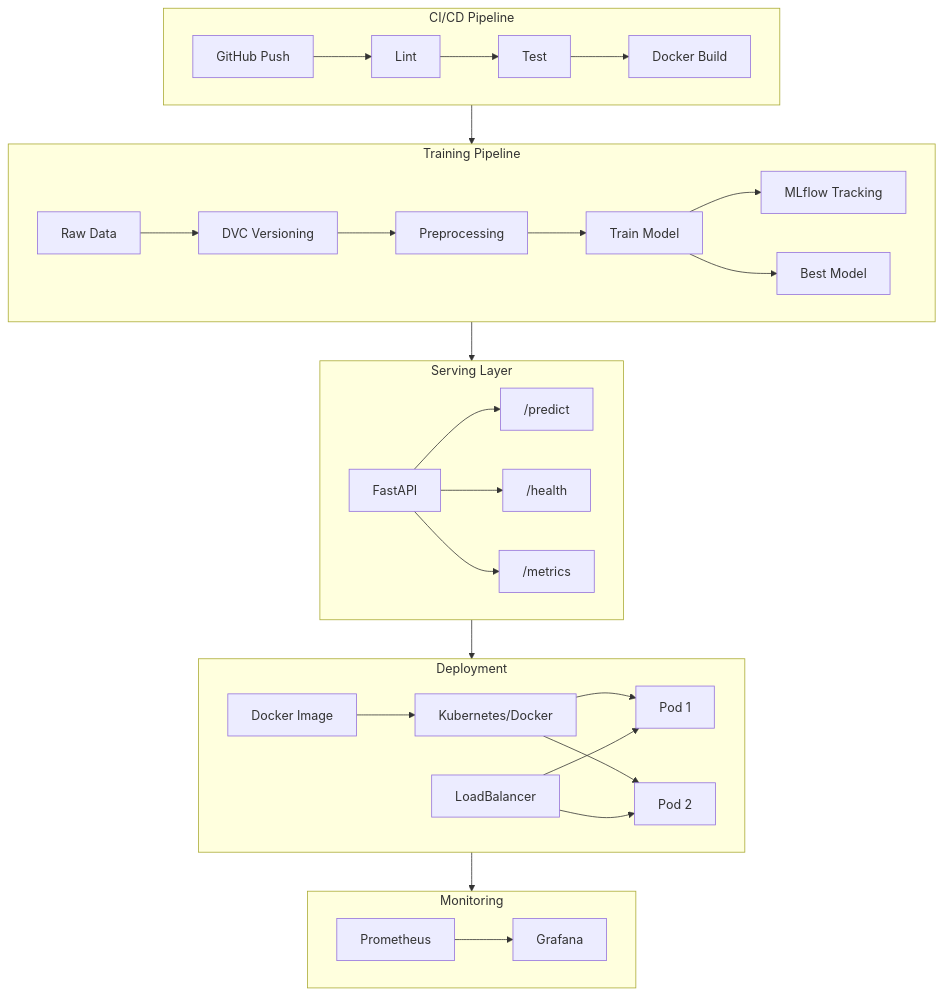
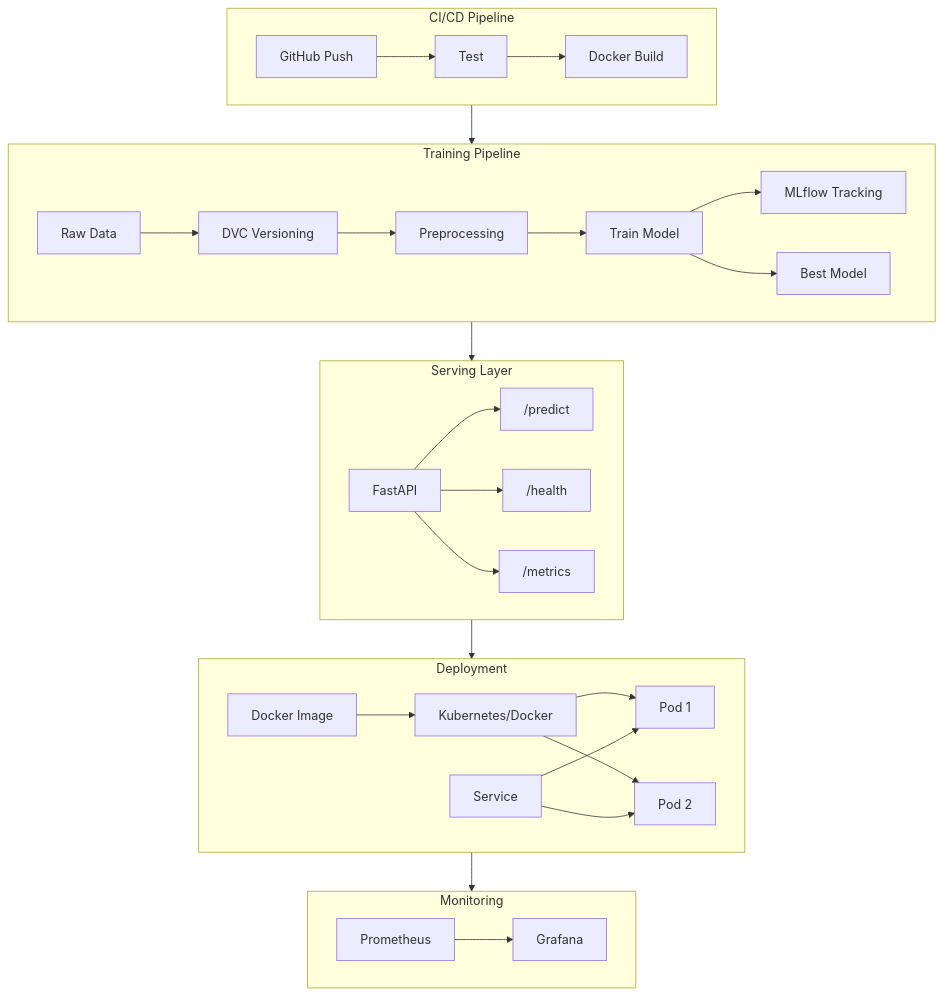
Before and after one commit to JharwalSapna/Image-Classifier: the diagram in README.md, drawn with Mermaid.

Commit message:
docs: correct architecture diagram (remove lint, rename service)

````diff
--- a/README.md
+++ b/README.md
@@ -23,40 +23,39 @@
 ```mermaid
 flowchart TB
     subgraph CI_CD["CI/CD Pipeline"]
-        Push[GitHub Push] --> Lint
-        Lint --> Test
+        Push[GitHub Push] --> Test
         Test --> Build[Docker Build]
     end
 
     subgraph Training["Training Pipeline"]
         Raw[Raw Data] --> DVC[DVC Versioning]
         DVC --> Preprocess[Preprocessing]
         Preprocess --> Train[Train Model]
         Train --> MLflow[MLflow Tracking]
         Train --> Model[Best Model]
     end
 
     subgraph Serving["Serving Layer"]
         API[FastAPI]
         API --> Pred["/predict"]
         API --> Health["/health"]
         API --> Metrics["/metrics"]
     end
 
     subgraph Deploy["Deployment"]
         Img[Docker Image] --> K8s[Kubernetes/Docker]
         K8s --> Pod1[Pod 1]
         K8s --> Pod2[Pod 2]
-        LB[LoadBalancer] --> Pod1
-        LB --> Pod2
+        Svc[Service] --> Pod1
+        Svc --> Pod2
     end
 
     subgraph Monitor["Monitoring"]
         Prom[Prometheus] --> Graf[Grafana]
     end
 
     CI_CD --> Training
     Training --> Serving
     Serving --> Deploy
     Deploy --> Monitor
 ```
````
